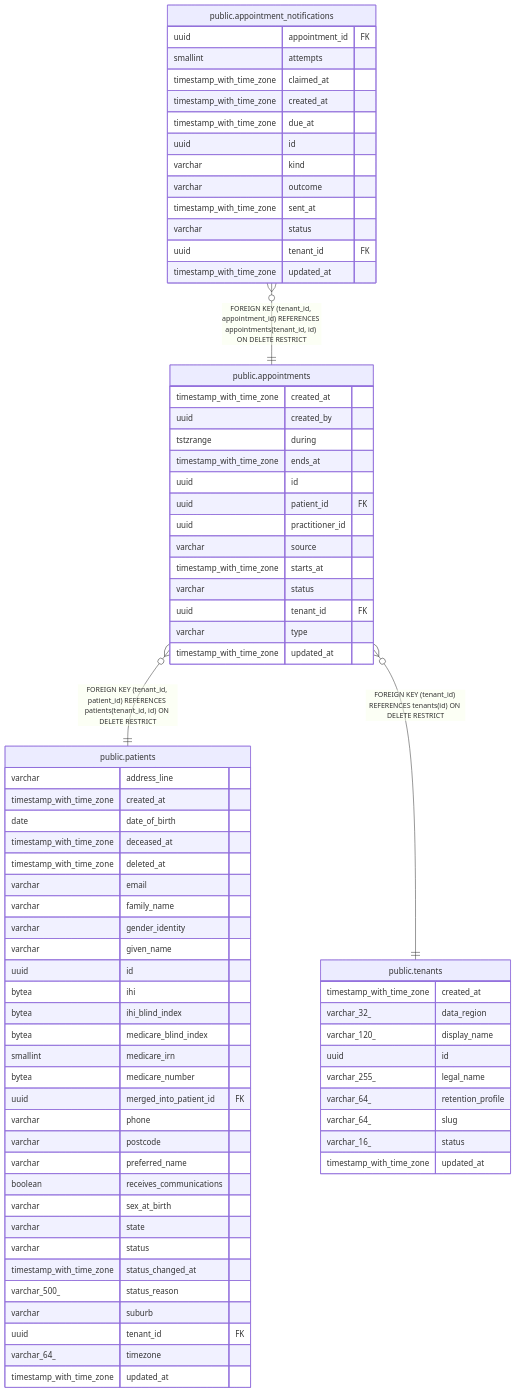
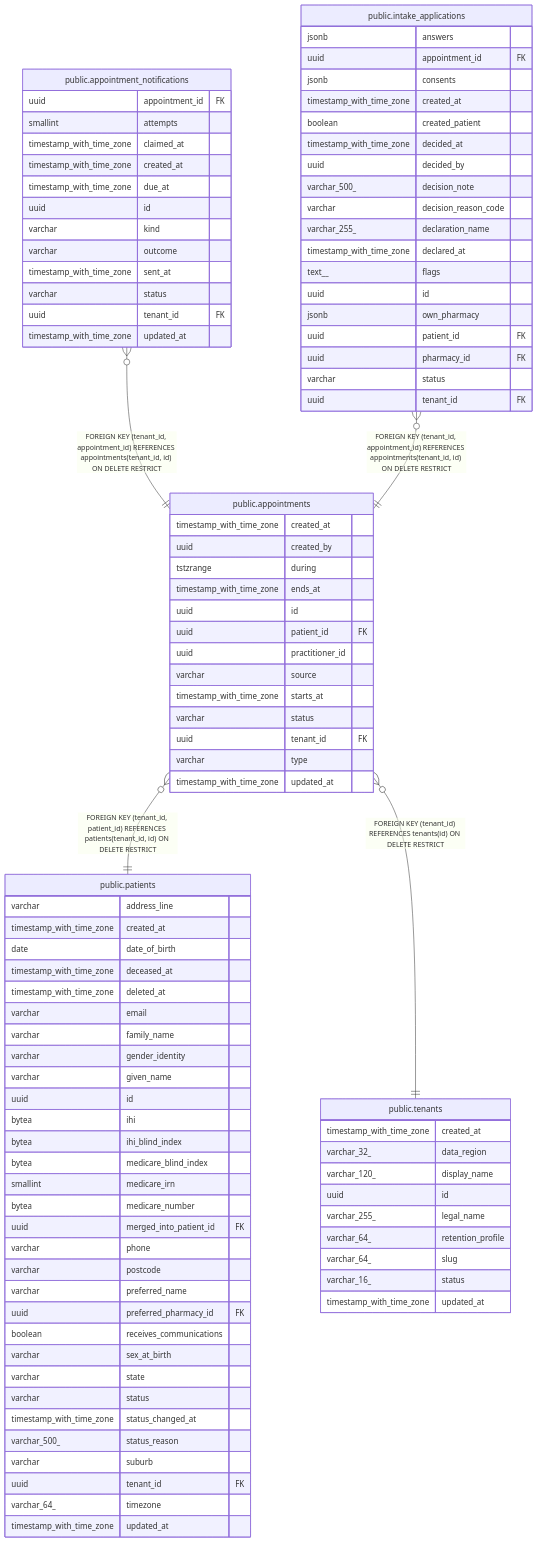
One commit to irajput215/clinic-os changed the diagram in docs/reference/schema/public.appointments.md. Above: the diagram before and after it, drawn with Mermaid. The commit also changed other lines of this file and 54 other files, not shown here.

First line of the commit message:
feat(intake): six-step public application, applications queue, consents and pharmacies (#87)

```diff
--- a/docs/reference/schema/public.appointments.md
+++ b/docs/reference/schema/public.appointments.md
@@ -68,6 +68,7 @@
 erDiagram
 
 "public.appointment_notifications" }o--|| "public.appointments" : "FOREIGN KEY (tenant_id, appointment_id) REFERENCES appointments(tenant_id, id) ON DELETE RESTRICT"
+"public.intake_applications" }o--|| "public.appointments" : "FOREIGN KEY (tenant_id, appointment_id) REFERENCES appointments(tenant_id, id) ON DELETE RESTRICT"
 "public.appointments" }o--|| "public.patients" : "FOREIGN KEY (tenant_id, patient_id) REFERENCES patients(tenant_id, id) ON DELETE RESTRICT"
 "public.appointments" }o--|| "public.tenants" : "FOREIGN KEY (tenant_id) REFERENCES tenants(id) ON DELETE RESTRICT"
 
@@ -100,6 +101,26 @@
   uuid tenant_id FK
   timestamp_with_time_zone updated_at
 }
+"public.intake_applications" {
+  jsonb answers
+  uuid appointment_id FK
+  jsonb consents
+  timestamp_with_time_zone created_at
+  boolean created_patient
+  timestamp_with_time_zone decided_at
+  uuid decided_by
+  varchar_500_ decision_note
+  varchar decision_reason_code
+  varchar_255_ declaration_name
+  timestamp_with_time_zone declared_at
+  text__ flags
+  uuid id
+  jsonb own_pharmacy
+  uuid patient_id FK
+  uuid pharmacy_id FK
+  varchar status
+  uuid tenant_id FK
+}
 "public.patients" {
   varchar address_line
   timestamp_with_time_zone created_at
@@ -120,6 +141,7 @@
   varchar phone
   varchar postcode
   varchar preferred_name
+  uuid preferred_pharmacy_id FK
   boolean receives_communications
   varchar sex_at_birth
   varchar state
```
